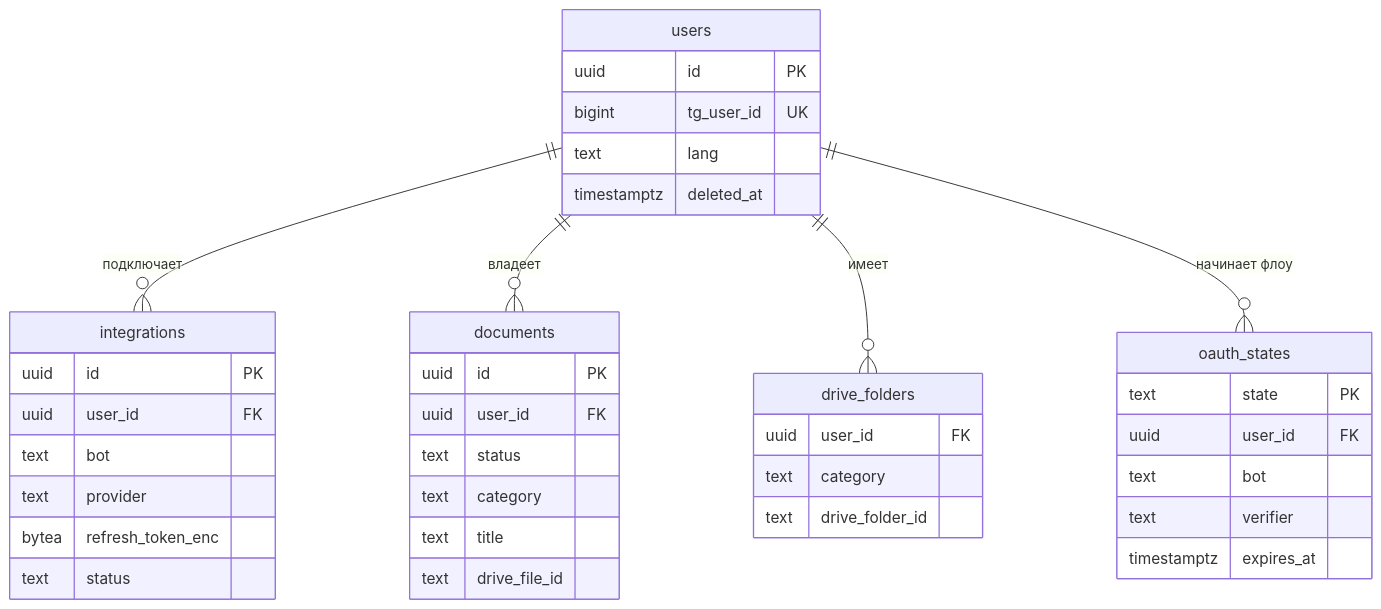
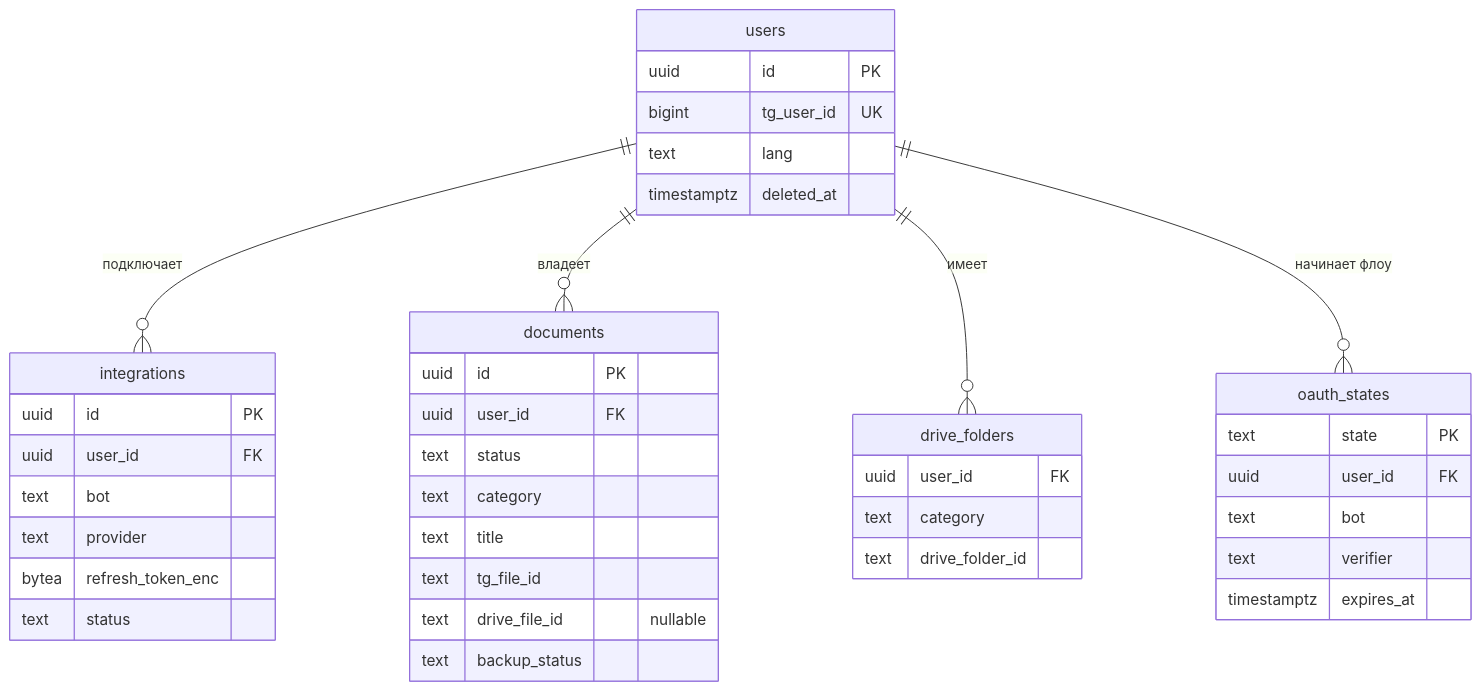
Before and after one commit to alexe0110/most-app: the diagram in docs/model.md, drawn with Mermaid. The commit also changed other lines of this file and 4 other files, not shown here.

````diff
--- a/docs/model.md
+++ b/docs/model.md
@@ -24,42 +24,44 @@
 ```mermaid
 erDiagram
     users ||--o{ integrations : "подключает"
     users ||--o{ documents : "владеет"
     users ||--o{ drive_folders : "имеет"
     users ||--o{ oauth_states : "начинает флоу"
 
     users {
         uuid id PK
         bigint tg_user_id UK
         text lang
         timestamptz deleted_at
     }
     integrations {
         uuid id PK
         uuid user_id FK
         text bot
         text provider
         bytea refresh_token_enc
         text status
     }
     oauth_states {
         text state PK
         uuid user_id FK
         text bot
         text verifier
         timestamptz expires_at
     }
     documents {
         uuid id PK
         uuid user_id FK
         text status
         text category
         text title
-        text drive_file_id
+        text tg_file_id
+        text drive_file_id "nullable"
+        text backup_status
     }
     drive_folders {
         uuid user_id FK
         text category
         text drive_folder_id
     }
 ```
````
